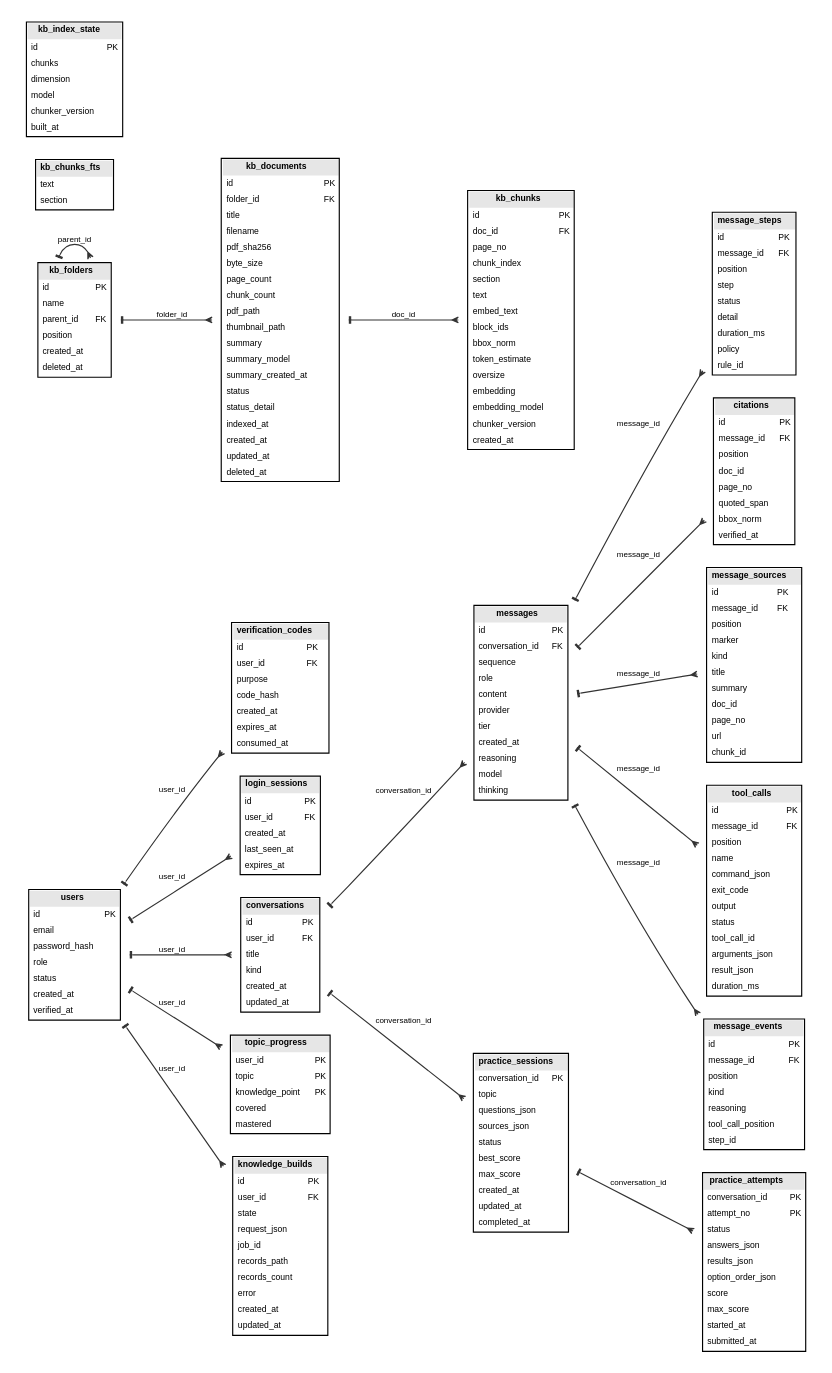
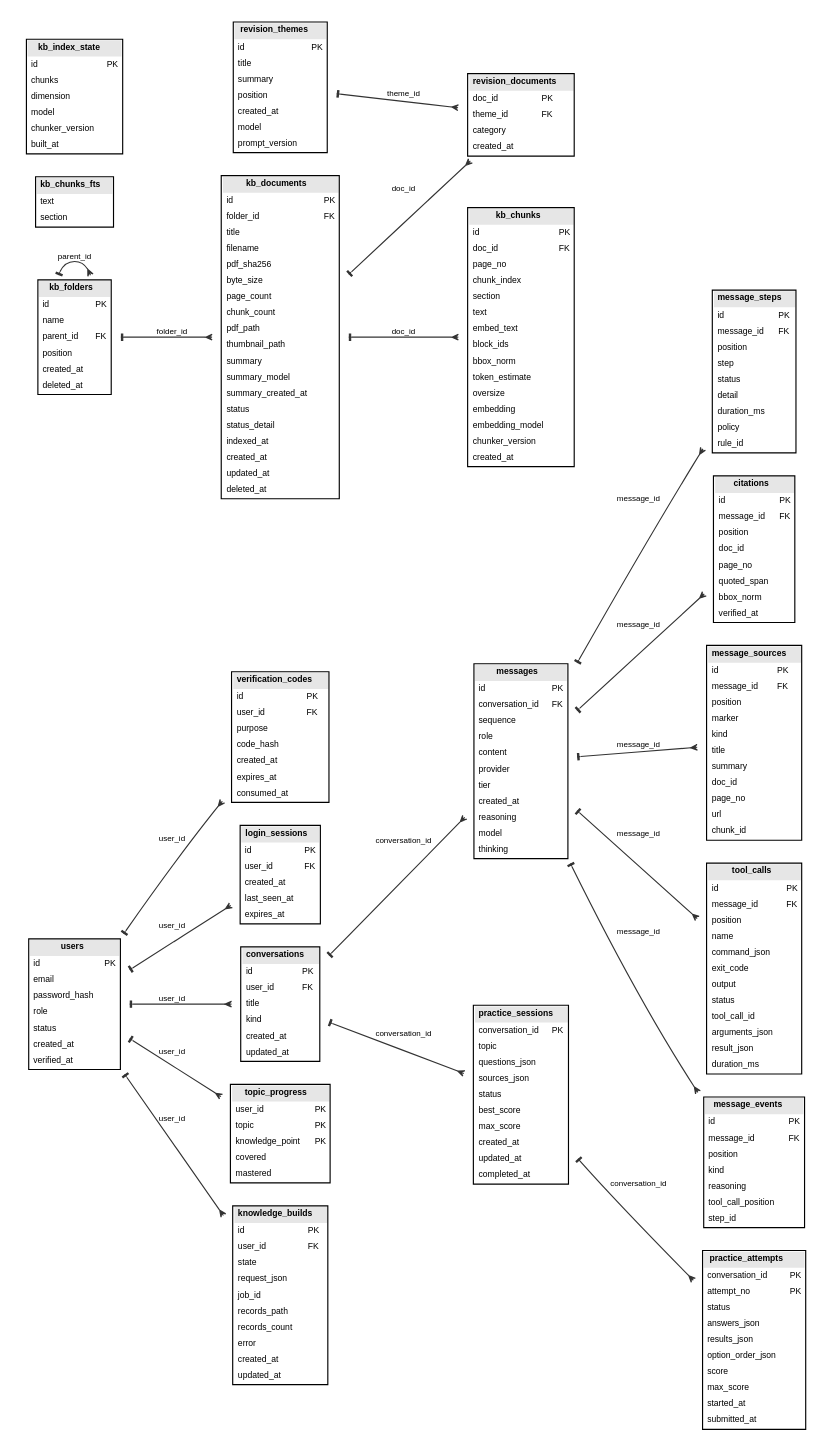
Before and after one commit to Kane-LI-0114/verifiable-tutor: the diagram in docs/figures/physical-db.dot, drawn with Graphviz. The commit also changed 12 other files, not shown here.

```diff
--- a/docs/figures/physical-db.dot
+++ b/docs/figures/physical-db.dot
@@ -153,6 +153,23 @@
       <TR><TD ALIGN="LEFT">started_at</TD><TD ALIGN="LEFT"></TD></TR>
       <TR><TD ALIGN="LEFT">submitted_at</TD><TD ALIGN="LEFT"></TD></TR>
     </TABLE>>];
+  revision_themes [label=<<TABLE BORDER="1" CELLBORDER="0" CELLSPACING="0" CELLPADDING="3" BGCOLOR="white">
+      <TR><TD BGCOLOR="#e6e6e6" COLSPAN="2"><B>revision_themes</B></TD></TR>
+      <TR><TD ALIGN="LEFT">id</TD><TD ALIGN="LEFT">PK</TD></TR>
+      <TR><TD ALIGN="LEFT">title</TD><TD ALIGN="LEFT"></TD></TR>
+      <TR><TD ALIGN="LEFT">summary</TD><TD ALIGN="LEFT"></TD></TR>
+      <TR><TD ALIGN="LEFT">position</TD><TD ALIGN="LEFT"></TD></TR>
+      <TR><TD ALIGN="LEFT">created_at</TD><TD ALIGN="LEFT"></TD></TR>
+      <TR><TD ALIGN="LEFT">model</TD><TD ALIGN="LEFT"></TD></TR>
+      <TR><TD ALIGN="LEFT">prompt_version</TD><TD ALIGN="LEFT"></TD></TR>
+    </TABLE>>];
+  revision_documents [label=<<TABLE BORDER="1" CELLBORDER="0" CELLSPACING="0" CELLPADDING="3" BGCOLOR="white">
+      <TR><TD BGCOLOR="#e6e6e6" COLSPAN="2"><B>revision_documents</B></TD></TR>
+      <TR><TD ALIGN="LEFT">doc_id</TD><TD ALIGN="LEFT">PK</TD></TR>
+      <TR><TD ALIGN="LEFT">theme_id</TD><TD ALIGN="LEFT">FK</TD></TR>
+      <TR><TD ALIGN="LEFT">category</TD><TD ALIGN="LEFT"></TD></TR>
+      <TR><TD ALIGN="LEFT">created_at</TD><TD ALIGN="LEFT"></TD></TR>
+    </TABLE>>];
   knowledge_builds [label=<<TABLE BORDER="1" CELLBORDER="0" CELLSPACING="0" CELLPADDING="3" BGCOLOR="white">
       <TR><TD BGCOLOR="#e6e6e6" COLSPAN="2"><B>knowledge_builds</B></TD></TR>
       <TR><TD ALIGN="LEFT">id</TD><TD ALIGN="LEFT">PK</TD></TR>
@@ -241,6 +258,8 @@
   users -> topic_progress [label="user_id"];
   conversations -> practice_sessions [label="conversation_id"];
   practice_sessions -> practice_attempts [label="conversation_id"];
+  kb_documents -> revision_documents [label="doc_id"];
+  revision_themes -> revision_documents [label="theme_id"];
   users -> knowledge_builds [label="user_id"];
   kb_folders -> kb_folders [label="parent_id"];
   kb_folders -> kb_documents [label="folder_id"];
```
